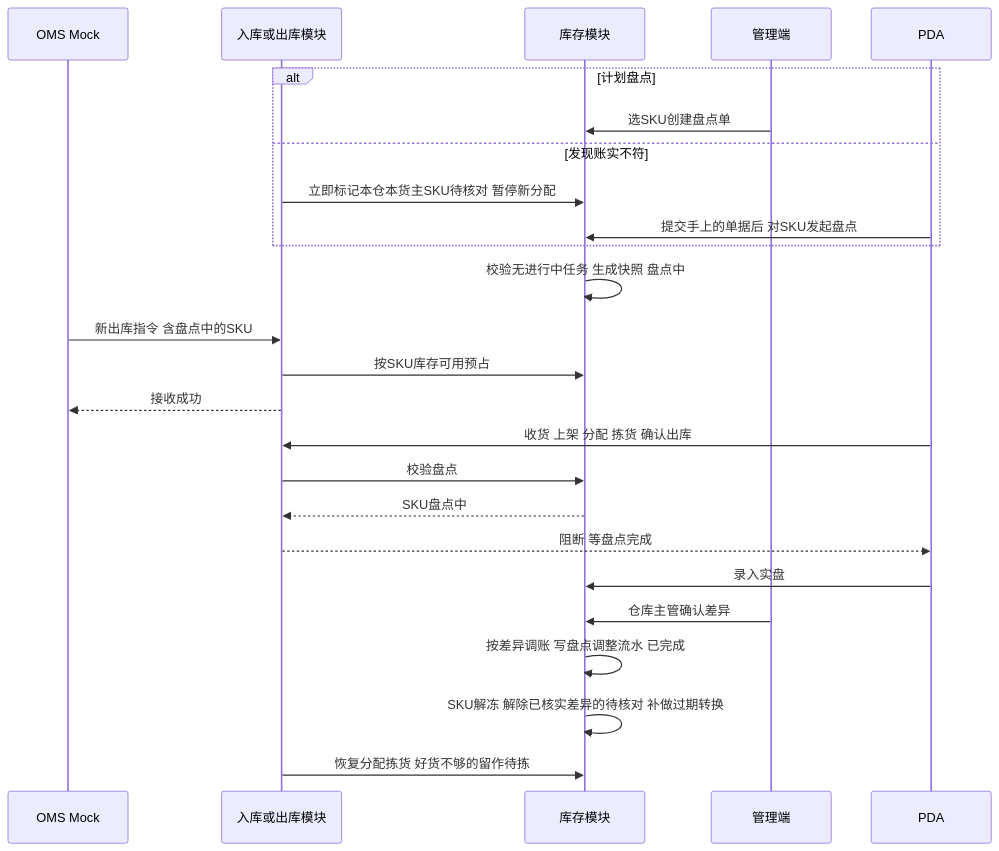
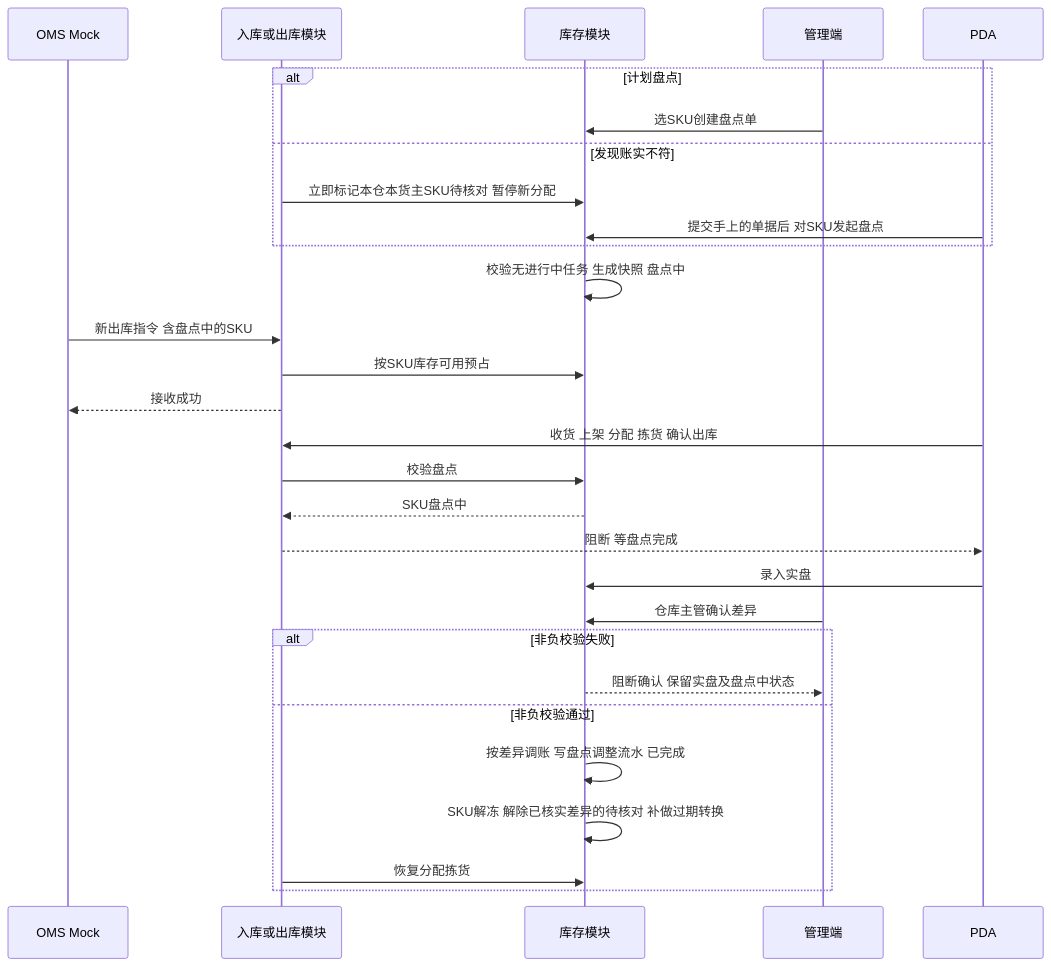
Before and after one commit to TopVitamin/QS-WMS-Project: the second of 2 diagrams in 01-全局背景信息/07-库存模块宏观系统架构.md, drawn with Mermaid. The commit also changed other lines of this file and 207 other files, not shown here.

````diff
--- a/01-全局背景信息/07-库存模块宏观系统架构.md
+++ b/01-全局背景信息/07-库存模块宏观系统架构.md
@@ -269,27 +272,31 @@
 ```mermaid
 sequenceDiagram
     participant O as OMS Mock
     participant W as 入库或出库模块
     participant S as 库存模块
     participant A as 管理端
     participant P as PDA
     alt 计划盘点
         A->>S: 选SKU创建盘点单
     else 发现账实不符
         W->>S: 立即标记本仓本货主SKU待核对 暂停新分配
         P->>S: 提交手上的单据后 对SKU发起盘点
     end
     S->>S: 校验无进行中任务 生成快照 盘点中
     O->>W: 新出库指令 含盘点中的SKU
     W->>S: 按SKU库存可用预占
     W-->>O: 接收成功
     P->>W: 收货 上架 分配 拣货 确认出库
     W->>S: 校验盘点
     S-->>W: SKU盘点中
     W-->>P: 阻断 等盘点完成
     P->>S: 录入实盘
     A->>S: 仓库主管确认差异
-    S->>S: 按差异调账 写盘点调整流水 已完成
-    S->>S: SKU解冻 解除已核实差异的待核对 补做过期转换
-    W->>S: 恢复分配拣货 好货不够的留作待拣
+    alt 非负校验失败
+        S-->>A: 阻断确认 保留实盘及盘点中状态
+    else 非负校验通过
+        S->>S: 按差异调账 写盘点调整流水 已完成
+        S->>S: SKU解冻 解除已核实差异的待核对 补做过期转换
+        W->>S: 恢复分配拣货
+    end
 ```
````
